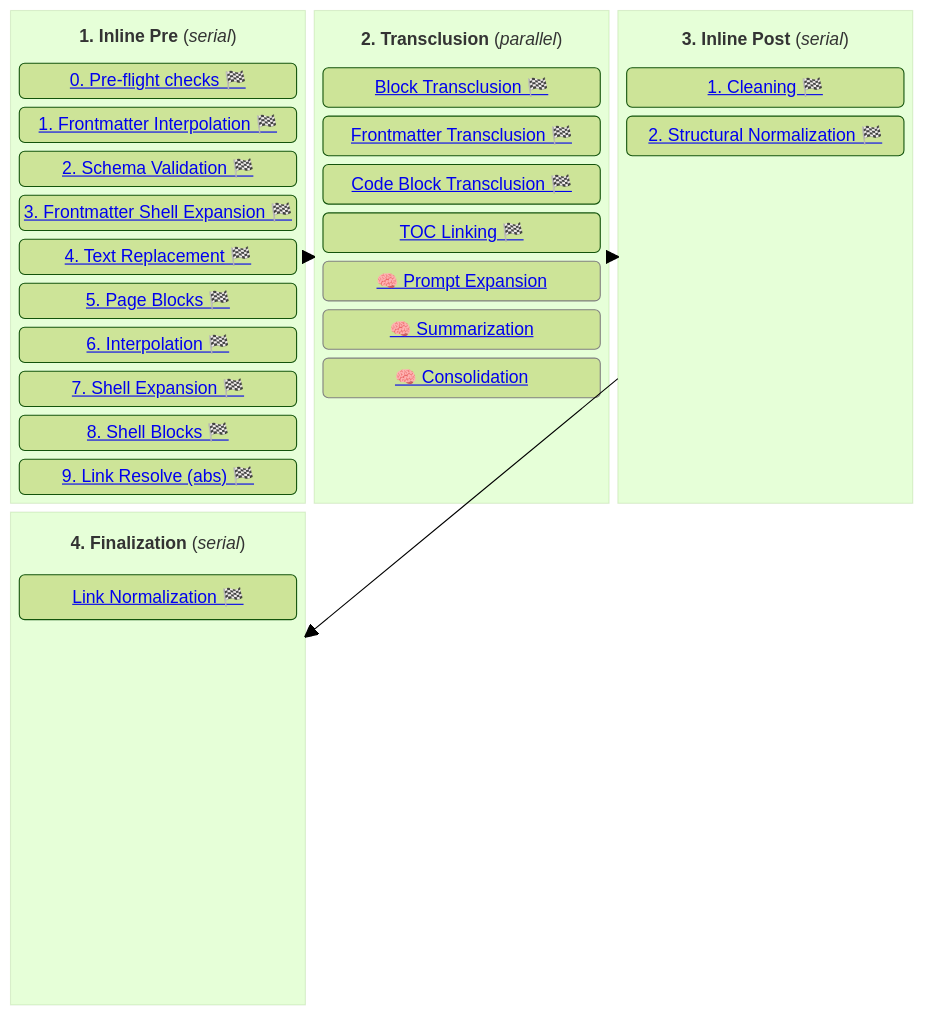
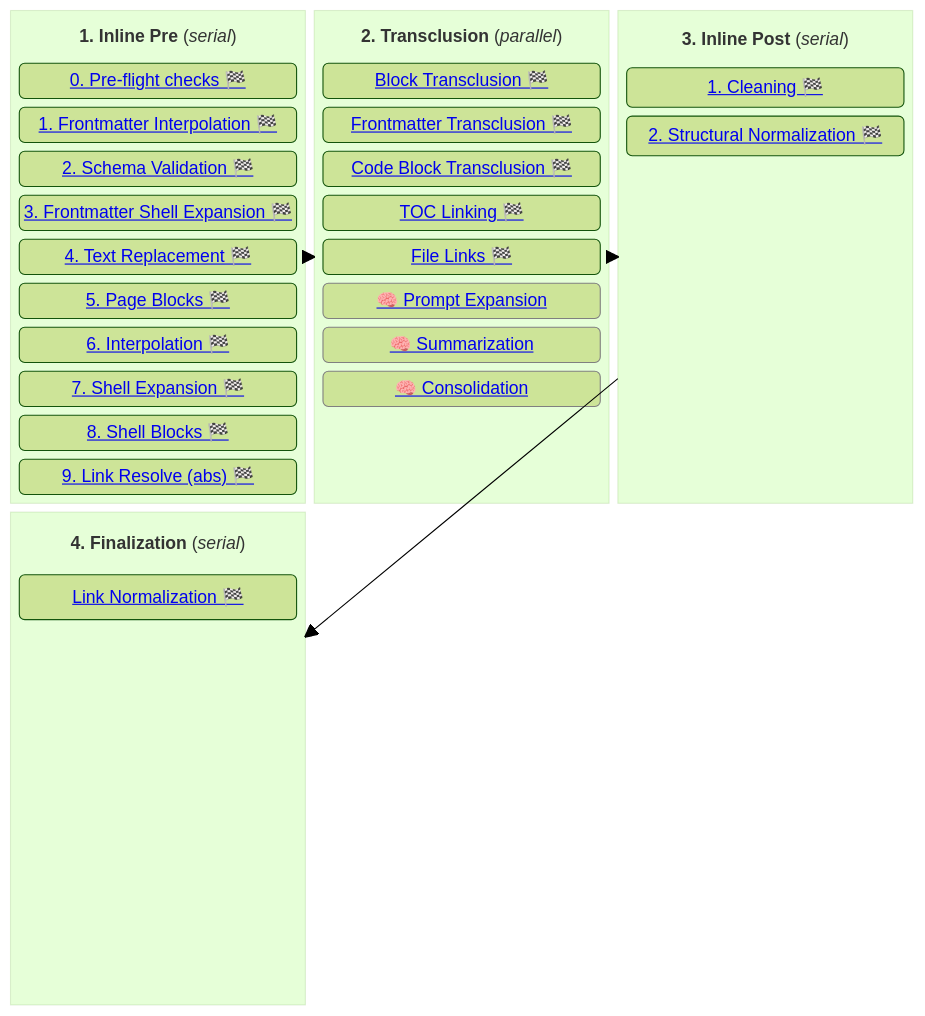
The first of 2 diagrams in darkmatter/docs/darkmatter-compose-pipeline.md (yankeeinlondon/rusty-biscuit), drawn with Mermaid (forest theme) before and after one commit. The commit also changed 8 other files, not shown here.

````diff
--- a/darkmatter/docs/darkmatter-compose-pipeline.md
+++ b/darkmatter/docs/darkmatter-compose-pipeline.md
@@ -5,81 +5,82 @@
 ```mermaid
 block-beta
     columns 3
 
 
     block:pre
         columns 1
         preTitle["<b>1. Inline Pre</b> (<i>serial</i>)"]
         preFlightChecks("<a href='./inline/preflight-checks.md'>0. Pre-flight checks 🏁</a>")
         fmInterpolate("<a href='./inline/fm-interpolation.md'>1. Frontmatter Interpolation 🏁</a>")
         schemaValidation("<a href='./inline/schema-validation.md'>2. Schema Validation 🏁</a>")
         shellExp("<a href='./inline/fm-shell-expansion.md'>3. Frontmatter Shell Expansion 🏁</a>")
         textReplacement("<a href='./inline/text-replacement.md'>4. Text Replacement 🏁</a>")
         pageBlocks("<a href='./inline/page-blocks.md'>5. Page Blocks 🏁</a>")
         interpolation("<a href='./inline/interpolation.md'>6. Interpolation 🏁</a>")
         shellExpansion("<a href='./inline/shell-expansion.md'>7. Shell Expansion 🏁</a>")
         shellBlocks("<a href='./inline/shell-blocks.md'>8. Shell Blocks 🏁</a>")
         linkResolve("<a href='./operations/link-resolve.md'>9. Link Resolve (abs) 🏁</a>")
     end
 
     block:transclusion
         columns 1
         transTitle["<b>2. Transclusion</b> (<i>parallel</i>)"]
         blockTransclusion("<a href='./transclusion/block-transclusion.md'>Block Transclusion 🏁</a>")
         fmTransclusion("<a href='./transclusion/fm-transclusion.md'>Frontmatter Transclusion 🏁</a>")
         codeBlockTransclusion("<a href='./transclusion/code-transclusion.md'>Code Block Transclusion 🏁</a>")
         tocLinking("<a href='./inline/toc-linking.md'>TOC Linking 🏁</a>")
+        fileLinks("<a href='./inline/file-links.md'>File Links 🏁</a>")
         promptExpansion("<a href='./transclusion/prompt-expansion.md'>🧠 Prompt Expansion</a>")
         summarization("<a href='./transclusion/summarization.md'>🧠 Summarization</a>")
         consolidation("<a href='./transclusion/consolidation.md'>🧠 Consolidation</a>")
 
         ts1[" "]
         ts2[" "]
     end
 
     block:post
         columns 1
         postTitle["<b>3. Inline Post</b> (<dim><i>serial</i></dim>)"]
         cleaning("<a href='./inline/cleaning.md'>1. Cleaning 🏁</a>")
         structural("<a href='./inline/structural-normalization.md'>2. Structural Normalization 🏁</a>")
 
         s1[" "]
         s2[" "]
         s3[" "]
         s4[" "]
         s5[" "]
         s6[" "]
         s7[" "]
     end
 
     block:final
         columns 1
         finalTitle["<b>4. Finalization</b> (<dim><i>serial</i></dim>)"]
         links("<a href='./operations/link-normalization.md'>Link Normalization 🏁</a>")
 
         fs1[" "]
         fs2[" "]
         fs3[" "]
         fs4[" "]
         fs5[" "]
         fs6[" "]
         fs7[" "]
     end
 
 
 
     pre --> transclusion
     transclusion --> post
     post --> final
 
     style preTitle fill:transparent,stroke:transparent
     style transTitle fill:transparent,stroke:transparent
     style postTitle fill:transparent,stroke:transparent
     style finalTitle fill:transparent,stroke:transparent
 
     classDef spacer fill:transparent,stroke:transparent,color:transparent
     class s1,s2,s3,s4,s5,s6,s7,ts1,ts2,fs1,fs2,fs3,fs4,fs5,fs6,fs7 spacer
 
     classDef notReady font-weight:100,font-family:sans-serif,stroke:gray
     class promptExpansion,summarization,consolidation notReady
 ```
````
